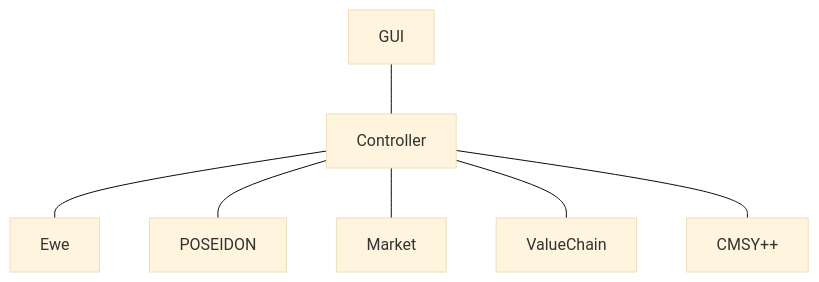
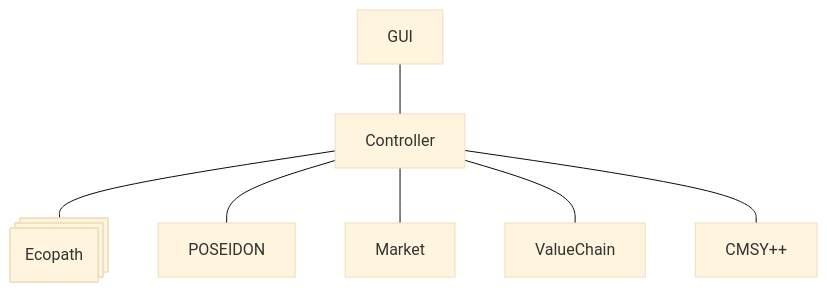
Before and after one commit to SURIMI-Project/SURIMI-project: the diagram in ContextDiagram.md, drawn with Mermaid (base theme). The commit also changed other lines of this file, not shown here.

Commit message:
Update context diagram and legend formatting

````diff
--- a/ContextDiagram.md
+++ b/ContextDiagram.md
@@ -4,15 +4,15 @@
 ```mermaid
 
 
 flowchart TD
     GUI1["GUI"] --- Controller1["Controller"]
-    Controller1["Controller"] --- Task1["Ewe"]
+    Controller1["Controller"] --- A@{ shape: processes, label: "Ecopath" }
     Controller1["Controller"] --- Task2["POSEIDON"]
     Controller1["Controller"] --- Task3["Market"]
     Controller1["Controller"] --- Task4["ValueChain"]
     Controller1["Controller"] --- Task5["CMSY++"]
 
 
 
 
 ```
````
